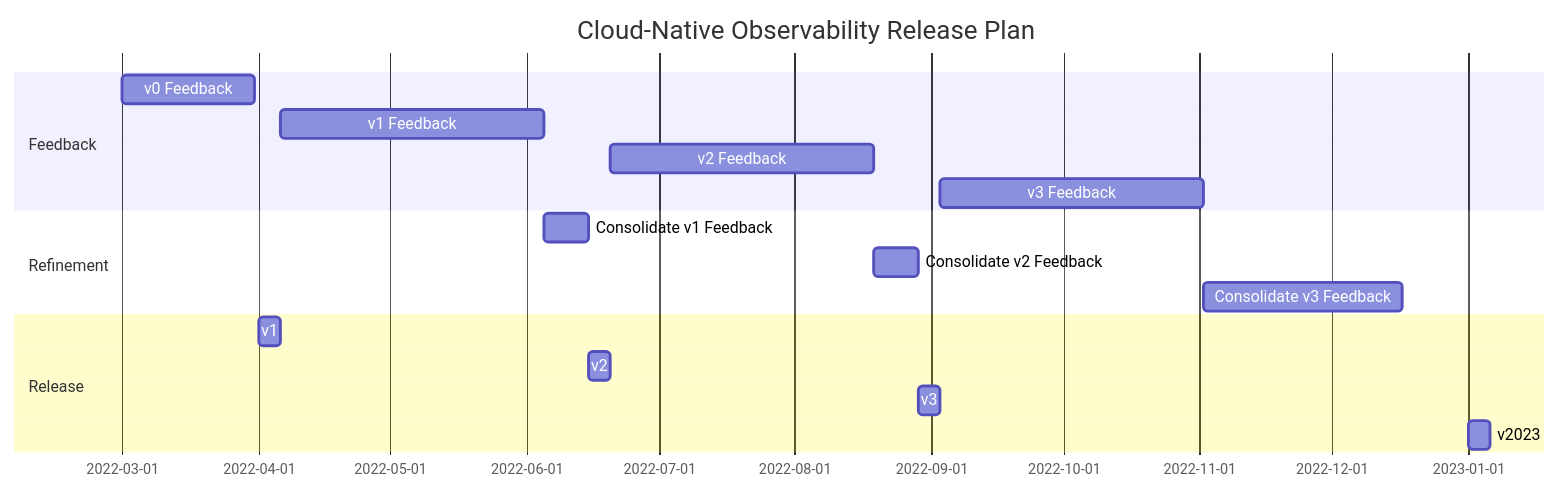
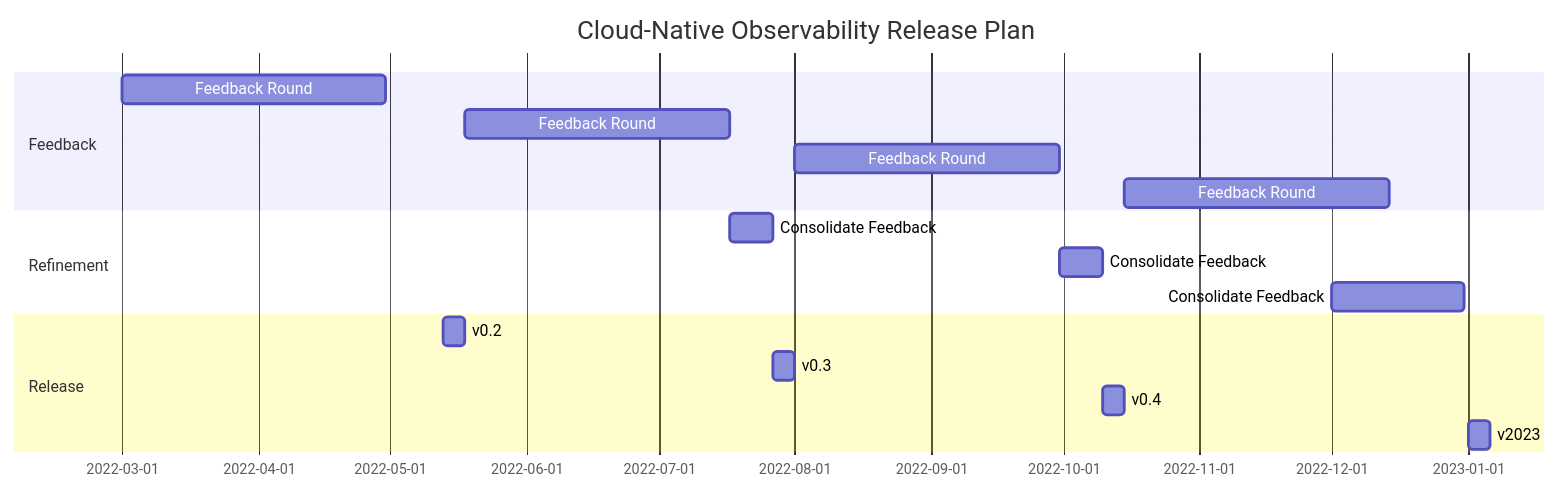
One commit to lightstep/cloud-native-observability changed the diagram in CONTRIBUTING.md. Above: the diagram before and after it, drawn with Mermaid.

Commit message:
update release timeline

````diff
--- a/CONTRIBUTING.md
+++ b/CONTRIBUTING.md
@@ -40,19 +40,19 @@
 ```mermaid
 gantt
     title Cloud-Native Observability Release Plan
     dateFormat  YYYY-MM-DD
     section Feedback
-    v0 Feedback :f1, 2022-03-01, 30d
-    v1 Feedback :f2, after rs1, 60d
-    v2 Feedback :f3, after rs2, 60d
-    v3 Feedback :f4, after rs3, 60d
+    Feedback Round :f1, 2022-03-01, 60d
+    Feedback Round :f2, after rs1, 60d
+    Feedback Round :f3, after rs2, 60d
+    Feedback Round :f4, after rs3, 60d
     section Refinement
-    Consolidate v1 Feedback :r1, after f2, 10d
-    Consolidate v2 Feedback :r2, after f3, 10d
-    Consolidate v3 Feedback :r3, after f4, 45d
+    Consolidate Feedback :r1, after f2, 10d
+    Consolidate Feedback :r2, after f3, 10d
+    Consolidate Feedback :r3, 2022-12-01, 30d
     section Release
-    v1 :rs1, 2022-04-01, 5d
-    v2 :rs2, after r1, 5d
-    v3 :rs3, after r2, 5d
+    v0.2 :rs1, 2022-05-13, 5d
+    v0.3 :rs2, after r1, 5d
+    v0.4 :rs3, after r2, 5d
     v2023 :rs4, 2023-01-01, 5d
 ```
````
